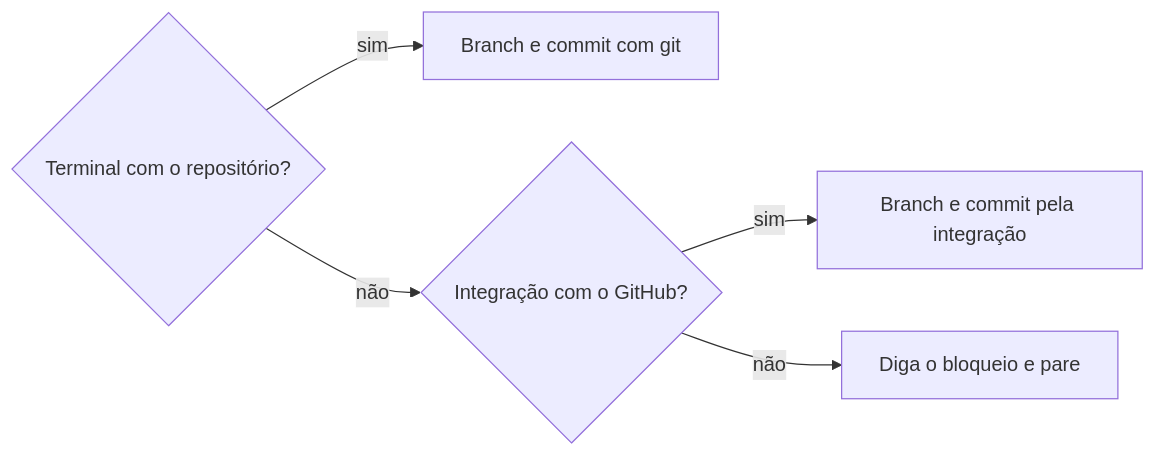
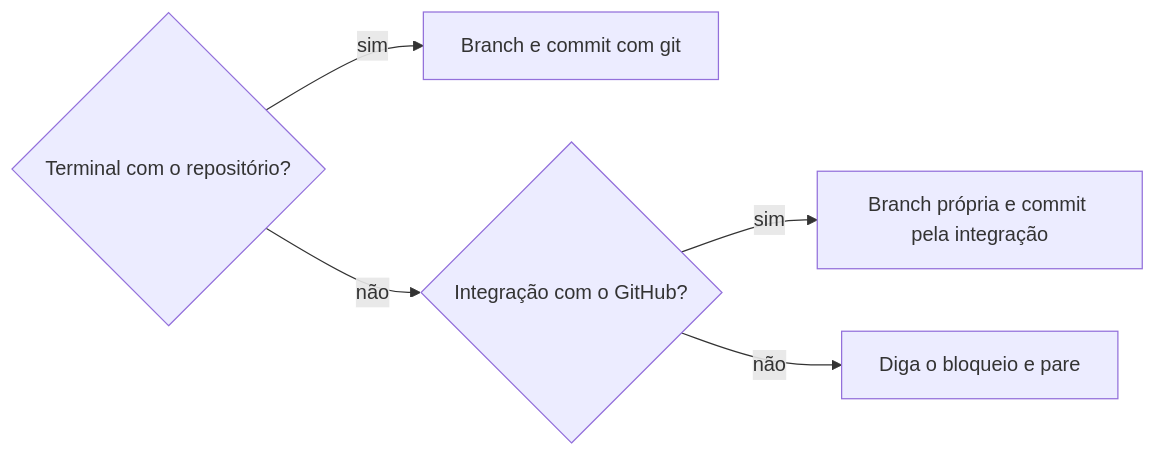
The first of 2 diagrams in .agents/skills/criar-commit/SKILL.md (jimmyandrade/harness), drawn with Mermaid before and after one commit. The commit also changed other lines of this file and 1 other file, not shown here.

First line of the commit message:
fix(criar-commit): never commit on the base without a terminal

````diff
--- a/.agents/skills/criar-commit/SKILL.md
+++ b/.agents/skills/criar-commit/SKILL.md
@@ -35,7 +35,7 @@
 ```mermaid
 flowchart LR
   A{Terminal com o repositório?} -->|sim| B[Branch e commit com git]
   A -->|não| C{Integração com o GitHub?}
-  C -->|sim| D[Branch e commit pela integração]
+  C -->|sim| D[Branch própria e commit pela integração]
   C -->|não| E[Diga o bloqueio e pare]
 ```
````
